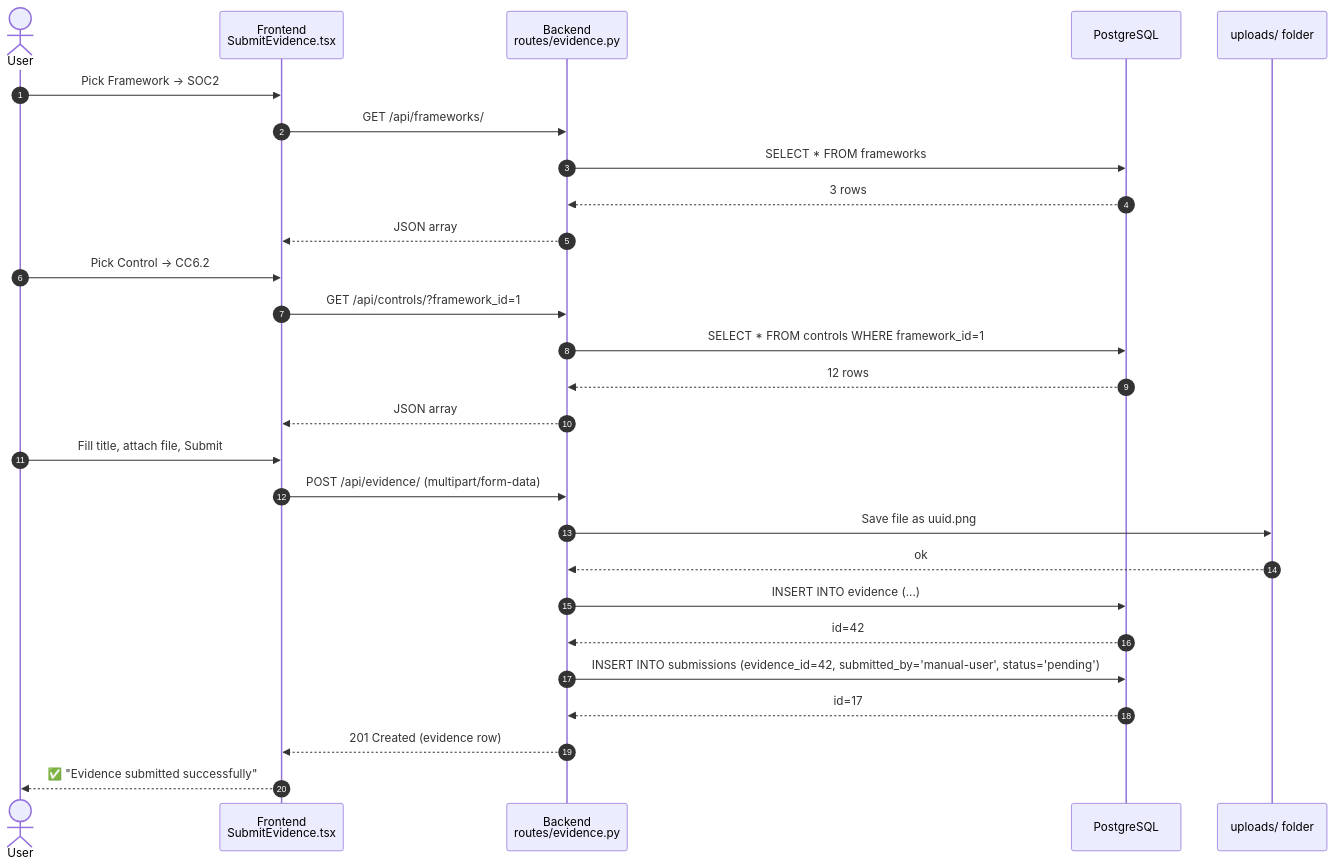
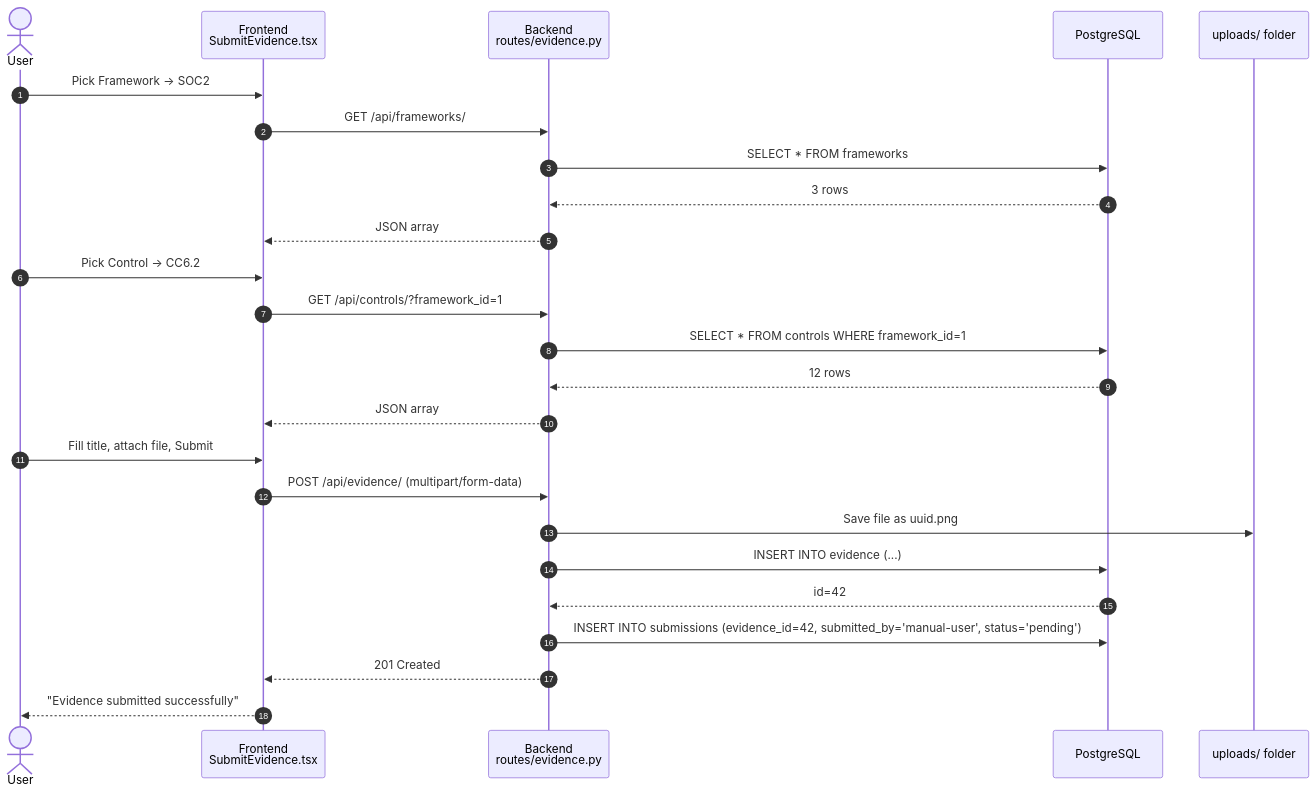
The eighth of 14 diagrams in README.md (chala2001/compliance-evidence-portal), drawn with Mermaid before and after one commit. The commit also changed other lines of this file and 6 other files, not shown here.

````diff
--- a/README.md
+++ b/README.md
@@ -298,34 +536,32 @@
 ```mermaid
 sequenceDiagram
     autonumber
     actor User
     participant FE as Frontend<br/>SubmitEvidence.tsx
     participant BE as Backend<br/>routes/evidence.py
     participant DB as PostgreSQL
     participant FS as uploads/ folder
 
     User->>FE: Pick Framework → SOC2
     FE->>BE: GET /api/frameworks/
     BE->>DB: SELECT * FROM frameworks
     DB-->>BE: 3 rows
     BE-->>FE: JSON array
 
     User->>FE: Pick Control → CC6.2
     FE->>BE: GET /api/controls/?framework_id=1
     BE->>DB: SELECT * FROM controls WHERE framework_id=1
     DB-->>BE: 12 rows
     BE-->>FE: JSON array
 
     User->>FE: Fill title, attach file, Submit
     FE->>BE: POST /api/evidence/ (multipart/form-data)
 
     BE->>FS: Save file as uuid.png
-    FS-->>BE: ok
     BE->>DB: INSERT INTO evidence (...)
     DB-->>BE: id=42
     BE->>DB: INSERT INTO submissions (evidence_id=42, submitted_by='manual-user', status='pending')
-    DB-->>BE: id=17
 
-    BE-->>FE: 201 Created (evidence row)
-    FE-->>User: ✅ "Evidence submitted successfully"
+    BE-->>FE: 201 Created
+    FE-->>User: "Evidence submitted successfully"
 ```
````
